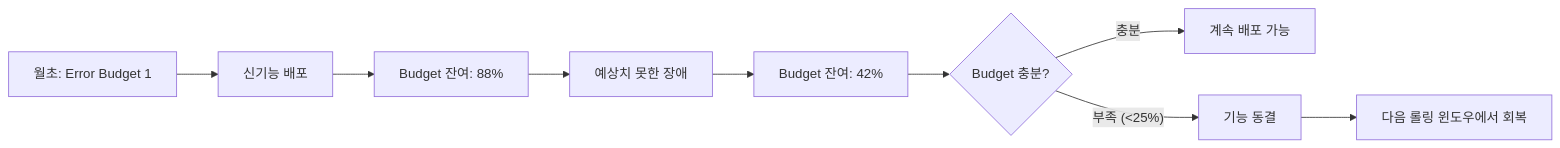
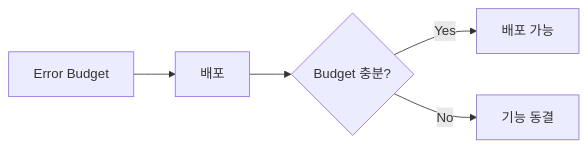
The fourth of 8 diagrams in _posts/monitoring/2026-05-03-sre-golden-signals.md (yjkim2015/yjkim2015.github.io), drawn with Mermaid before and after one commit. The commit also changed other lines of this file and 163 other files, not shown here.

First line of the commit message:
Mermaid 300개 블록 내용 축소: 5노드 5엣지 이하, 의미 있는 약어

````diff
--- a/_posts/monitoring/2026-05-03-sre-golden-signals.md
+++ b/_posts/monitoring/2026-05-03-sre-golden-signals.md
@@ -284,12 +279,7 @@
 ```mermaid
 graph LR
-    START["월초: Error Budget 1"]
-    START --> DEPLOY["신기능 배포"]
-    DEPLOY --> REMAIN1["Budget 잔여: 88%"]
-    REMAIN1 --> INCIDENT["예상치 못한 장애"]
-    INCIDENT --> REMAIN2["Budget 잔여: 42%"]
-    REMAIN2 --> DECIDE{"Budget 충분?"}
-    DECIDE -->|"충분"| CONTINUE["계속 배포 가능"]
-    DECIDE -->|"부족 (<25%)"| FREEZE["기능 동결"]
-    FREEZE --> NEXT["다음 롤링 윈도우에서 회복"]
+    START["Error Budget"] --> DEPLOY["배포"]
+    DEPLOY --> DECIDE{"Budget 충분?"}
+    DECIDE -->|"Yes"| CONTINUE["배포 가능"]
+    DECIDE -->|"No"| FREEZE["기능 동결"]
 ```
````
